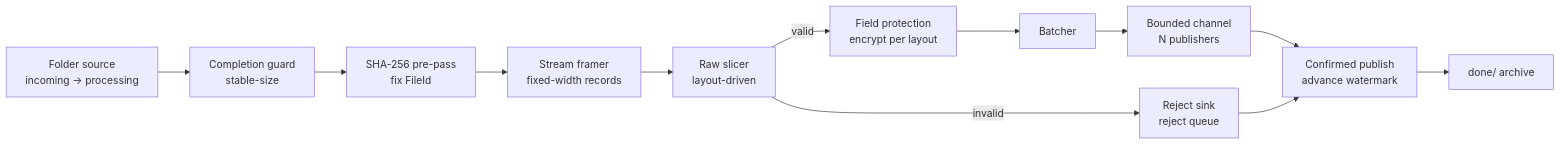
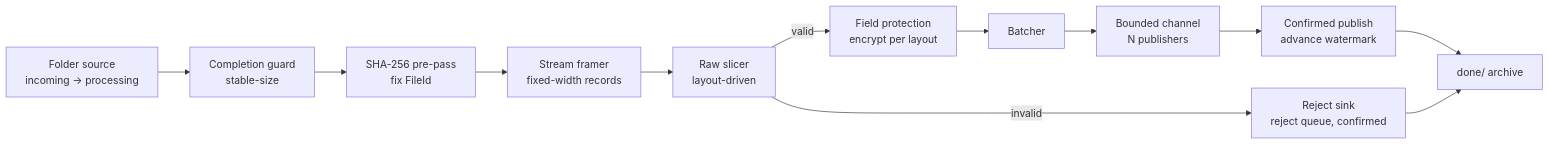
The diagram in README.md (Quintin-John/BatchFileProcessor), drawn with Mermaid before and after one commit. The commit also changed other lines of this file and 1 other file, not shown here.

````diff
--- a/README.md
+++ b/README.md
@@ -35,13 +39,13 @@
 ```mermaid
 flowchart LR
     A[Folder source<br/>incoming → processing] --> B[Completion guard<br/>stable-size]
     B --> C[SHA-256 pre-pass<br/>fix FileId]
     C --> D[Stream framer<br/>fixed-width records]
     D --> E[Raw slicer<br/>layout-driven]
     E -->|valid| F[Field protection<br/>encrypt per layout]
-    E -->|invalid| G[Reject sink<br/>reject queue]
+    E -->|invalid| G[Reject sink<br/>reject queue, confirmed]
     F --> H[Batcher] --> I[Bounded channel<br/>N publishers]
     I --> J[Confirmed publish<br/>advance watermark]
     J --> K[done/ archive]
-    G --> J
+    G --> K
 ```
````
